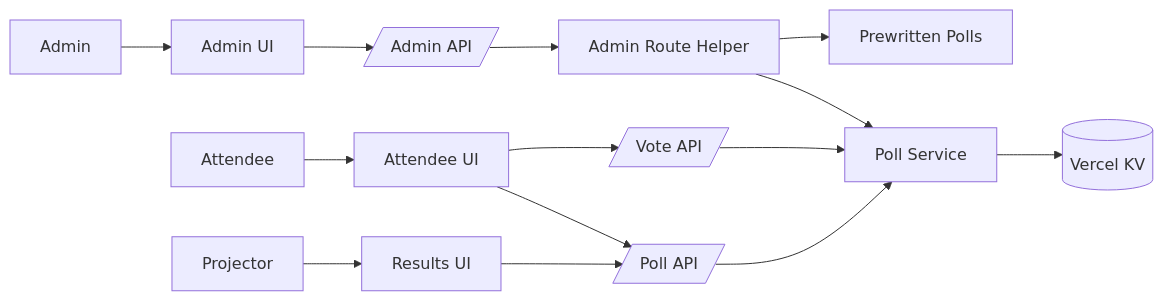
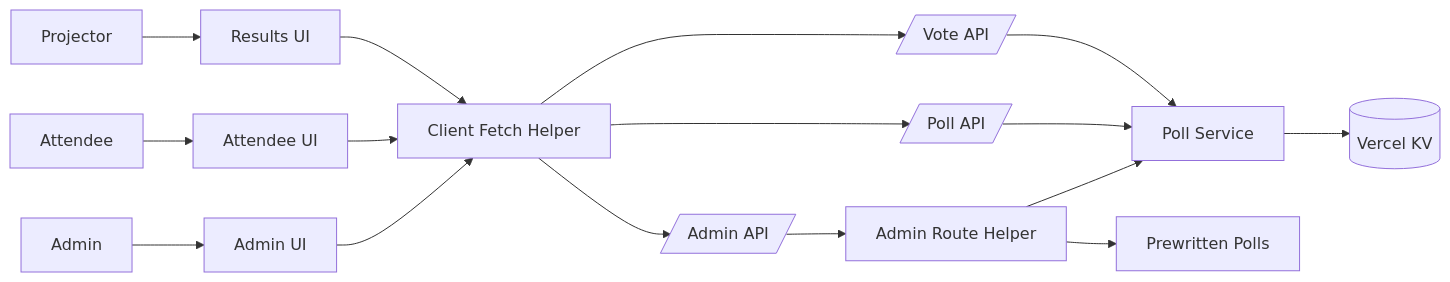
The first of 2 diagrams in ARCHITECTURE.md (grp06/live-polling), drawn with Mermaid before and after one commit. The commit also changed other lines of this file and 1 other file, not shown here.

Commit message:
Update architecture for client fetch helper

````diff
--- a/ARCHITECTURE.md
+++ b/ARCHITECTURE.md
@@ -71,16 +75,18 @@
 ```mermaid
 flowchart LR
   AdminUser[Admin] --> AdminUI[Admin UI]
   Attendee[Attendee] --> AttendeeUI[Attendee UI]
   Projector[Projector] --> ResultsUI[Results UI]
-  AdminUI --> AdminAPI[/Admin API/]
-  AttendeeUI --> PollAPI[/Poll API/]
-  AttendeeUI --> VoteAPI[/Vote API/]
-  ResultsUI --> PollAPI
+  AdminUI --> ClientFetch[Client Fetch Helper]
+  AttendeeUI --> ClientFetch
+  ResultsUI --> ClientFetch
+  ClientFetch --> AdminAPI[/Admin API/]
+  ClientFetch --> PollAPI[/Poll API/]
+  ClientFetch --> VoteAPI[/Vote API/]
   AdminAPI --> AdminRoute[Admin Route Helper]
   AdminRoute --> PollService[Poll Service]
   PollAPI --> PollService
   VoteAPI --> PollService
   PollService --> KV[(Vercel KV)]
   AdminRoute --> Presets[Prewritten Polls]
 ```
````
